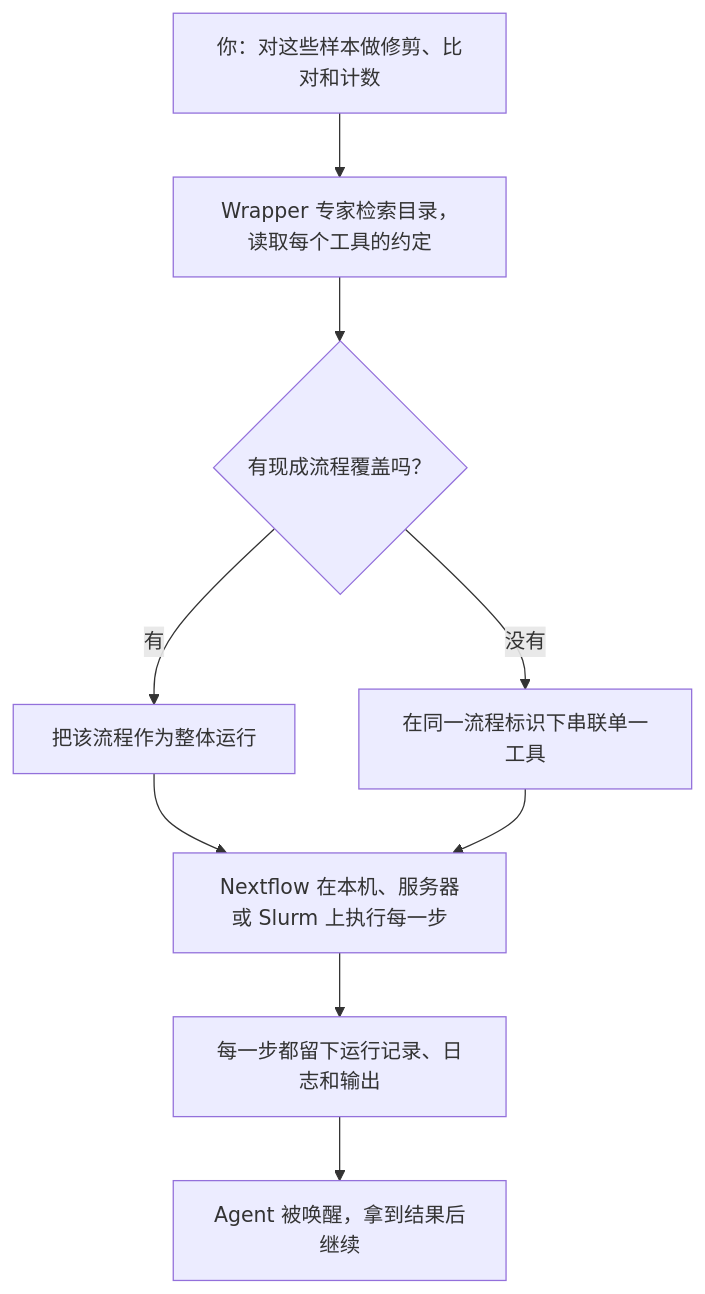
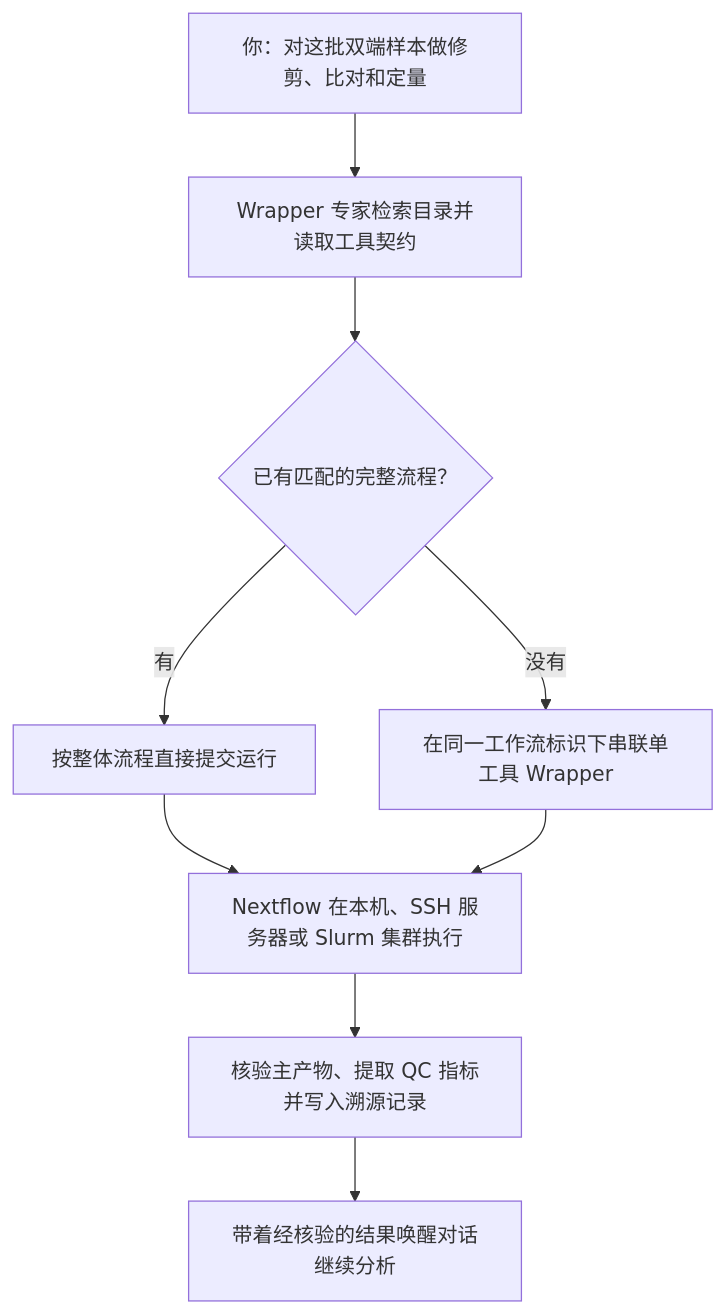
The diagram in README.zh-CN.md (dxsbiocc/phi), drawn with Mermaid before and after one commit. The commit also changed other lines of this file and 3 other files, not shown here.

````diff
--- a/README.zh-CN.md
+++ b/README.zh-CN.md
@@ -45,11 +52,11 @@
 ```mermaid
 flowchart TD
-    A["你：对这些样本做修剪、比对和计数"] --> B["Wrapper 专家检索目录，读取每个工具的约定"]
-    B --> C{"有现成流程覆盖吗？"}
-    C -- "有" --> D["把该流程作为整体运行"]
-    C -- "没有" --> E["在同一流程标识下串联单一工具"]
-    D --> F["Nextflow 在本机、服务器或 Slurm 上执行每一步"]
+    A["你：对这批双端样本做修剪、比对和定量"] --> B["Wrapper 专家检索目录并读取工具契约"]
+    B --> C{"已有匹配的完整流程？"}
+    C -- "有" --> D["按整体流程直接提交运行"]
+    C -- "没有" --> E["在同一工作流标识下串联单工具 Wrapper"]
+    D --> F["Nextflow 在本机、SSH 服务器或 Slurm 集群执行"]
     E --> F
-    F --> G["每一步都留下运行记录、日志和输出"]
-    G --> H["Agent 被唤醒，拿到结果后继续"]
+    F --> G["核验主产物、提取 QC 指标并写入溯源记录"]
+    G --> H["带着经核验的结果唤醒对话继续分析"]
 ```
````
